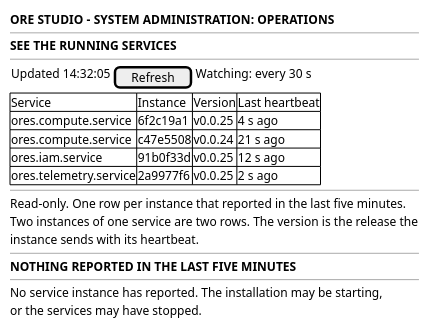
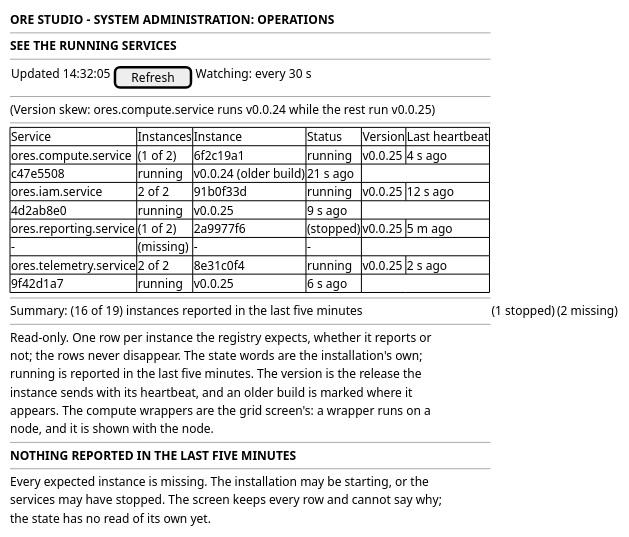
The diagram in doc/knowledge/journeys/operations/wireframe_see_the_running_services.puml (OreStudio/OreStudio), drawn with PlantUML before and after one commit. The commit also changed 19 other files, not shown here.

```diff
--- a/doc/knowledge/journeys/operations/wireframe_see_the_running_services.puml
+++ b/doc/knowledge/journeys/operations/wireframe_see_the_running_services.puml
@@ -18,30 +18,43 @@
 @startuml
 
 salt
 {
   <b>ORE STUDIO - SYSTEM ADMINISTRATION: OPERATIONS</b>
   --
   <b>SEE THE RUNNING SERVICES</b>
   --
   {
     Updated 14:32:05 | [ Refresh ] | Watching: every 30 s
   }
+  --
+  (Version skew: ores.compute.service runs v0.0.24 while the rest run v0.0.25)
+  --
   {#
-    Service | Instance | Version | Last heartbeat
-    ores.compute.service | 6f2c19a1 | v0.0.25 | 4 s ago
-    ores.compute.service | c47e5508 | v0.0.24 | 21 s ago
-    ores.iam.service | 91b0f33d | v0.0.25 | 12 s ago
-    ores.telemetry.service | 2a9977f6 | v0.0.25 | 2 s ago
+    Service | Instances | Instance | Status | Version | Last heartbeat
+    ores.compute.service | (1 of 2) | 6f2c19a1 | running | v0.0.25 | 4 s ago
+    | | c47e5508 | running | v0.0.24 (older build) | 21 s ago
+    ores.iam.service | 2 of 2 | 91b0f33d | running | v0.0.25 | 12 s ago
+    | | 4d2ab8e0 | running | v0.0.25 | 9 s ago
+    ores.reporting.service | (1 of 2) | 2a9977f6 | (stopped) | v0.0.25 | 5 m ago
+    | | - | (missing) | - | -
+    ores.telemetry.service | 2 of 2 | 8e31c0f4 | running | v0.0.25 | 2 s ago
+    | | 9f42d1a7 | running | v0.0.25 | 6 s ago
   }
   --
-  Read-only. One row per instance that reported in the last five minutes.
-  Two instances of one service are two rows. The version is the release the
-  instance sends with its heartbeat.
+  Summary: (16 of 19) instances reported in the last five minutes | (1 stopped) | (2 missing)
+  --
+  Read-only. One row per instance the registry expects, whether it reports or
+  not; the rows never disappear. The state words are the installation's own;
+  running is reported in the last five minutes. The version is the release the
+  instance sends with its heartbeat, and an older build is marked where it
+  appears. The compute wrappers are the grid screen's: a wrapper runs on a
+  node, and it is shown with the node.
   --
   <b>NOTHING REPORTED IN THE LAST FIVE MINUTES</b>
   --
-  No service instance has reported. The installation may be starting,
-  or the services may have stopped.
+  Every expected instance is missing. The installation may be starting, or the
+  services may have stopped. The screen keeps every row and cannot say why;
+  the state has no read of its own yet.
 }
 
 @enduml
```
